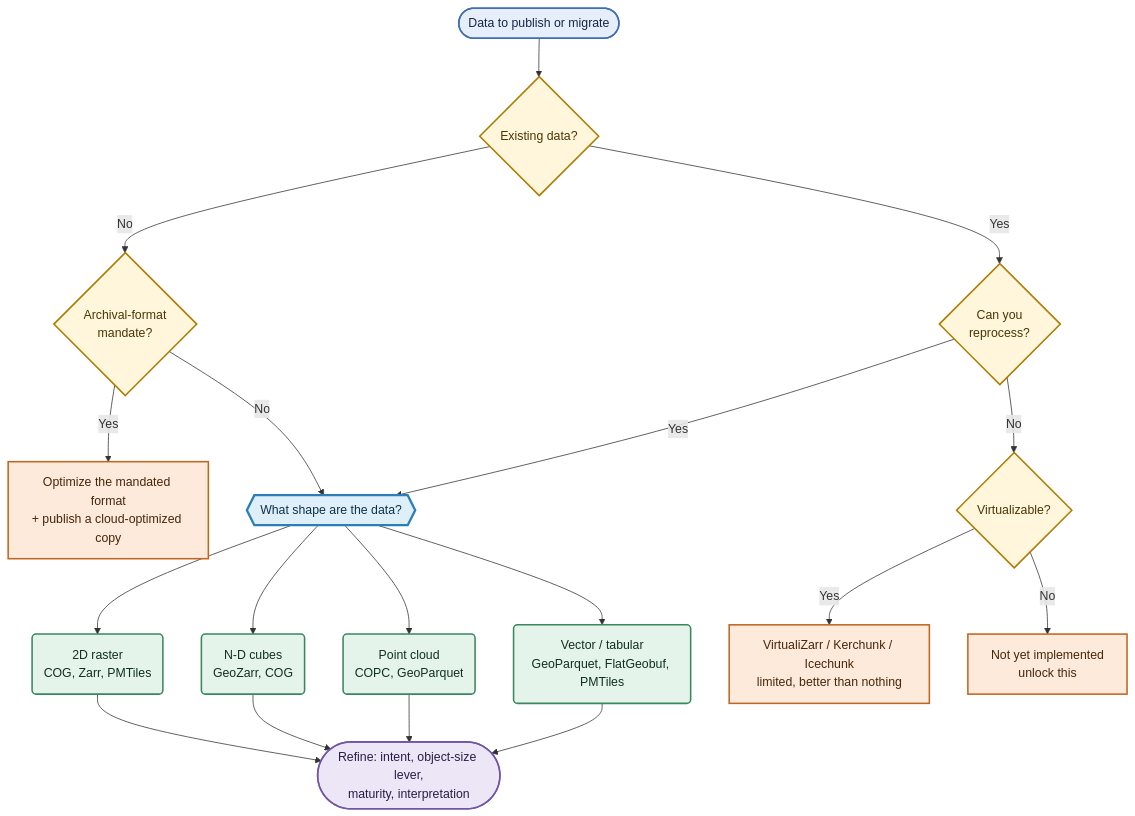
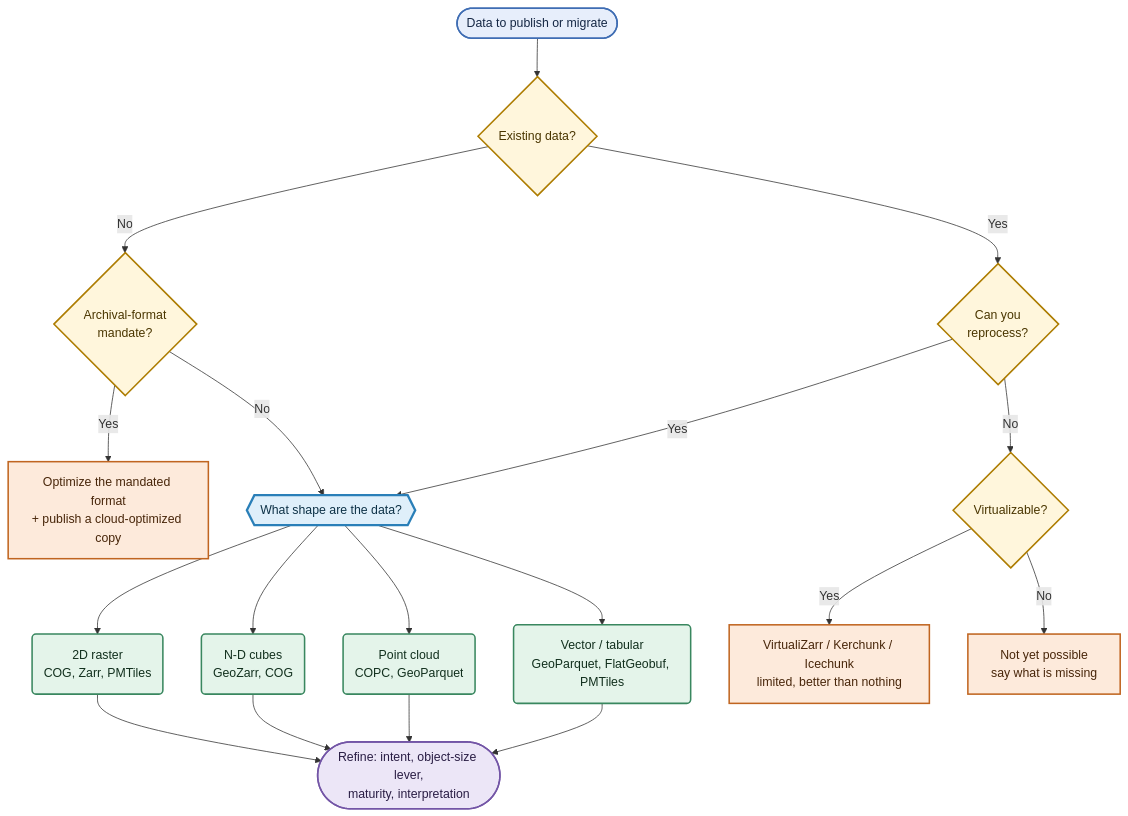
Before and after one commit to cloudnativegeo/cloud-optimized-geospatial-formats-guide: the diagram in decision-framework/index.qmd, drawn with Mermaid. The commit also changed other lines of this file and 1 other file, not shown here.

Commit message:
Clarify decision framework terminology by updating "unlock this" to "not yet possible" for improved accuracy in describing virtualization limitations.

````diff
--- a/decision-framework/index.qmd
+++ b/decision-framework/index.qmd
@@ -84,39 +84,39 @@
 ```{mermaid}
 flowchart TD
     A([Data to publish or migrate]) --> B{Existing data?}
 
     B -- No --> C{Archival-format<br/>mandate?}
     C -- Yes --> C1[Optimize the mandated format<br/>+ publish a cloud-optimized copy]
     C -- No --> T{{What shape are the data?}}
 
     B -- Yes --> D{Can you<br/>reprocess?}
     D -- Yes --> T
     D -- No --> E{Virtualizable?}
     E -- Yes --> E1[VirtualiZarr / Kerchunk / Icechunk<br/>limited, better than nothing]
-    E -- No --> E2[Not yet implemented<br/>unlock this]
+    E -- No --> E2[Not yet possible<br/>say what is missing]
 
     T --> T1(2D raster<br/>COG, Zarr, PMTiles)
     T --> T2(N-D cubes<br/>GeoZarr, COG)
     T --> T3(Point cloud<br/>COPC, GeoParquet)
     T --> T4(Vector / tabular<br/>GeoParquet, FlatGeobuf, PMTiles)
 
     T1 --> R([Refine: intent, object-size lever,<br/>maturity, interpretation])
     T2 --> R
     T3 --> R
     T4 --> R
 
     classDef entry   fill:#e7eefb,stroke:#3f6db3,stroke-width:2px,color:#152744
     classDef ask     fill:#fff6dc,stroke:#ad7c00,stroke-width:2px,color:#4a3600
     classDef hinge   fill:#dfeffa,stroke:#2a7fb8,stroke-width:3px,color:#0e3247
     classDef family  fill:#e4f4ea,stroke:#39875f,stroke-width:2px,color:#12301e
     classDef partial fill:#fdeadb,stroke:#c06520,stroke-width:2px,color:#48260a
     classDef refine  fill:#ece6f7,stroke:#7355a6,stroke-width:2px,color:#291d44
 
     class A entry
     class B,C,D,E ask
     class T hinge
     class T1,T2,T3,T4 family
     class C1,E1,E2 partial
     class R refine
 
 ```
````
